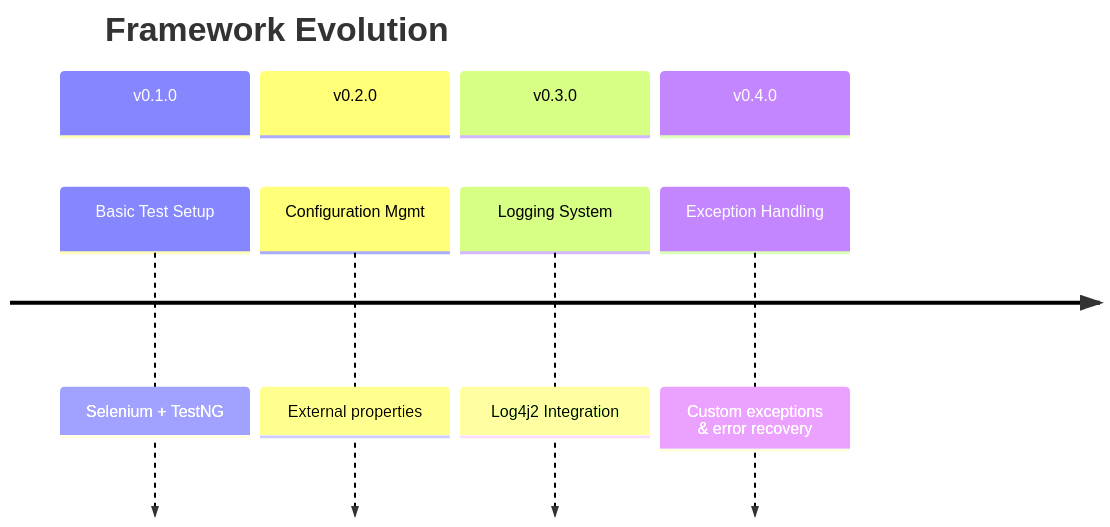
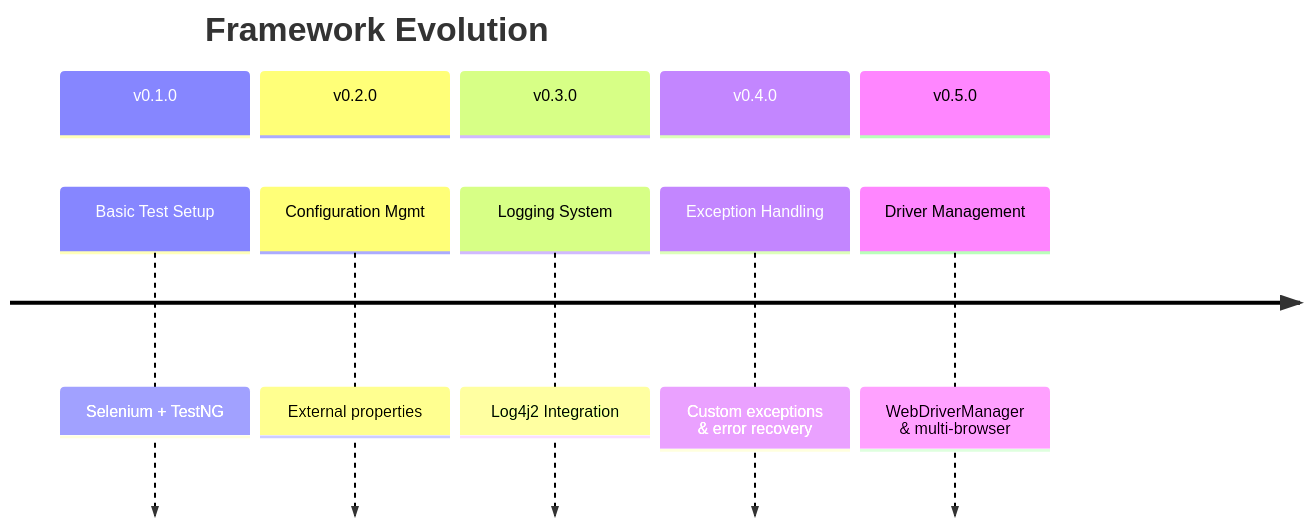
Before and after one commit to Anuj-Patiyal/hybrid-framework: the first of 11 diagrams in README.md, drawn with Mermaid. The commit also changed other lines of this file and 11 other files, not shown here.

First line of the commit message:
🎯 [RELEASE] Advanced Driver Management (#28)

````diff
--- a/README.md
+++ b/README.md
@@ -60,12 +59,14 @@
 ```mermaid
 timeline
     title Framework Evolution
     section v0.1.0
         Basic Test Setup : Selenium + TestNG
-    section v0.2.0  
+    section v0.2.0
         Configuration Mgmt : External properties
     section v0.3.0
         Logging System : Log4j2 Integration
     section v0.4.0
         Exception Handling: Custom exceptions & error recovery
+    section v0.5.0
+        Driver Management: WebDriverManager & multi-browser
 ```
````
